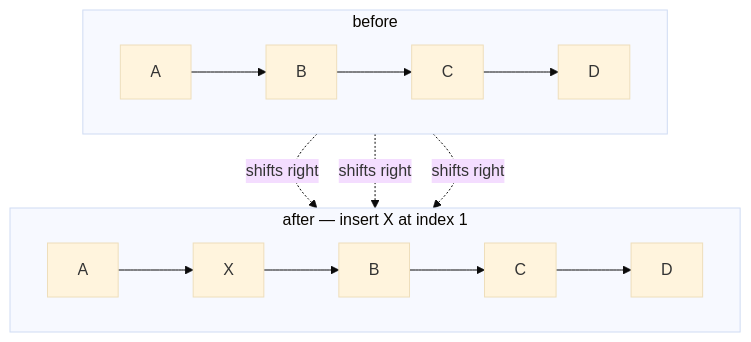
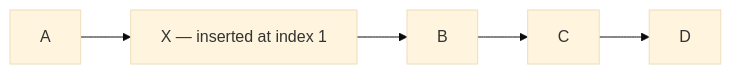
The second of 2 diagrams in guides/data-structures-explained/01-arrays-and-lists.md (Topurrra/themissingmanual), drawn with Mermaid (base theme) before and after one commit. The commit also changed other lines of this file and 15 other files, not shown here.

Commit message:
fixed mermaid diagrams

````diff
--- a/guides/data-structures-explained/01-arrays-and-lists.md
+++ b/guides/data-structures-explained/01-arrays-and-lists.md
@@ -103,14 +103,4 @@
 ```mermaid
-flowchart TD
-  subgraph after["after — insert X at index 1"]
-    direction LR
-    A2[A] --> X2[X] --> B2[B] --> C2[C] --> D2[D]
-  end
-  subgraph before["before"]
-    direction LR
-    A1[A] --> B1[B] --> C1[C] --> D1[D]
-  end
-  B1 -. shifts right .-> B2
-  C1 -. shifts right .-> C2
-  D1 -. shifts right .-> D2
+flowchart LR
+  A[A] --> X["X — inserted at index 1"] --> B[B] --> C[C] --> D[D]
 ```
````
